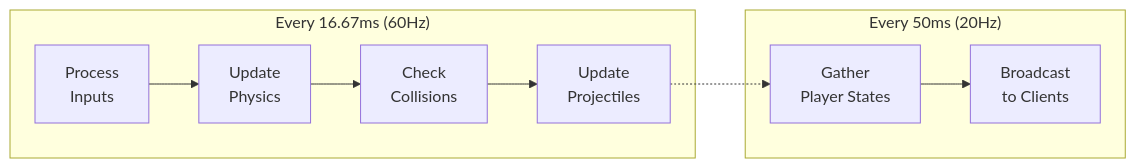
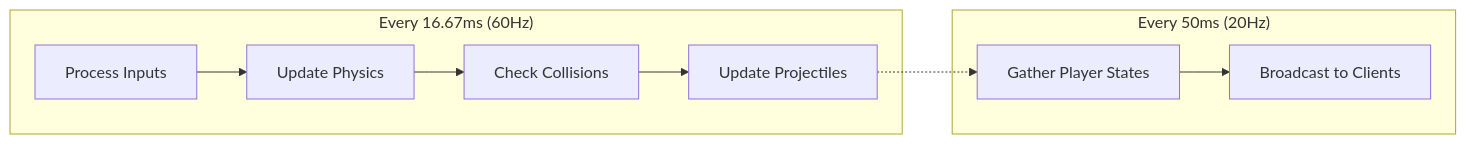
Before and after one commit to mtomcal/stick-rumble: the third of 11 diagrams in docs/ARCHITECTURE.md, drawn with Mermaid. The commit also changed other lines of this file and 2 other files, not shown here.

First line of the commit message:
docs: Fix Mermaid diagrams for GitHub rendering

````diff
--- a/docs/ARCHITECTURE.md
+++ b/docs/ARCHITECTURE.md
@@ -71,17 +71,17 @@
 ```mermaid
 flowchart LR
     subgraph Tick["Every 16.67ms (60Hz)"]
-        Input["Process\nInputs"]
-        Physics["Update\nPhysics"]
-        Collision["Check\nCollisions"]
-        Projectiles["Update\nProjectiles"]
+        Input["Process Inputs"]
+        Physics["Update Physics"]
+        Collision["Check Collisions"]
+        Projectiles["Update Projectiles"]
     end
 
     subgraph Broadcast["Every 50ms (20Hz)"]
-        Gather["Gather\nPlayer States"]
-        Send["Broadcast\nto Clients"]
+        Gather["Gather Player States"]
+        Send["Broadcast to Clients"]
     end
 
     Input --> Physics --> Collision --> Projectiles
     Projectiles -.-> Gather --> Send
 ```
````
